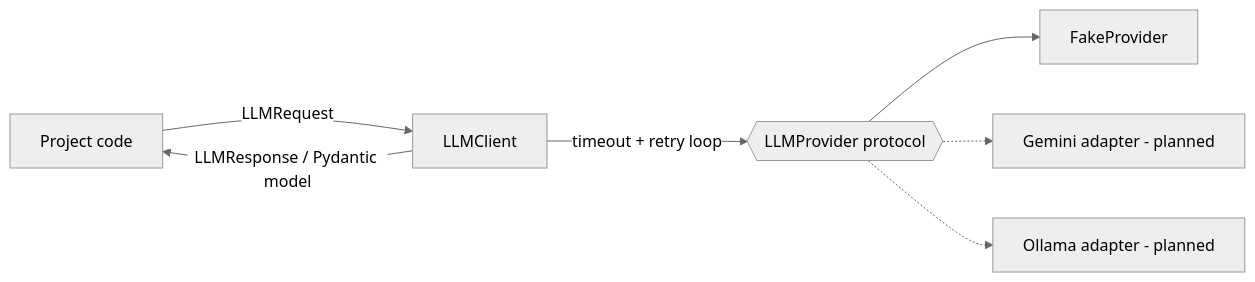
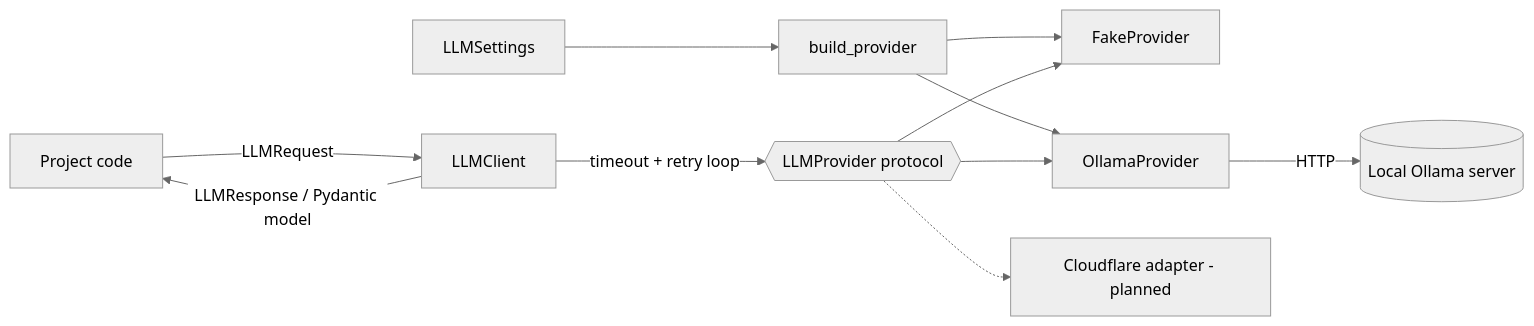
Before and after one commit to jayvyas133/genai-portfolio: the diagram in packages/aicore/README.md, drawn with Mermaid (neutral theme). The commit also changed other lines of this file and 10 other files, not shown here.

````diff
--- a/packages/aicore/README.md
+++ b/packages/aicore/README.md
@@ -29,9 +30,13 @@
 ```mermaid
 flowchart LR
+    S[LLMSettings] --> B[build_provider]
+    B --> F[FakeProvider]
+    B --> O[OllamaProvider]
     P[Project code] -->|LLMRequest| C[LLMClient]
     C -->|timeout + retry loop| I{{LLMProvider protocol}}
-    I --> F[FakeProvider]
-    I -.-> G[Gemini adapter - planned]
-    I -.-> O[Ollama adapter - planned]
+    I --> F
+    I --> O
+    I -.-> W[Cloudflare adapter - planned]
+    O -->|HTTP| L[(Local Ollama server)]
     C -->|LLMResponse / Pydantic model| P
 ```
````
